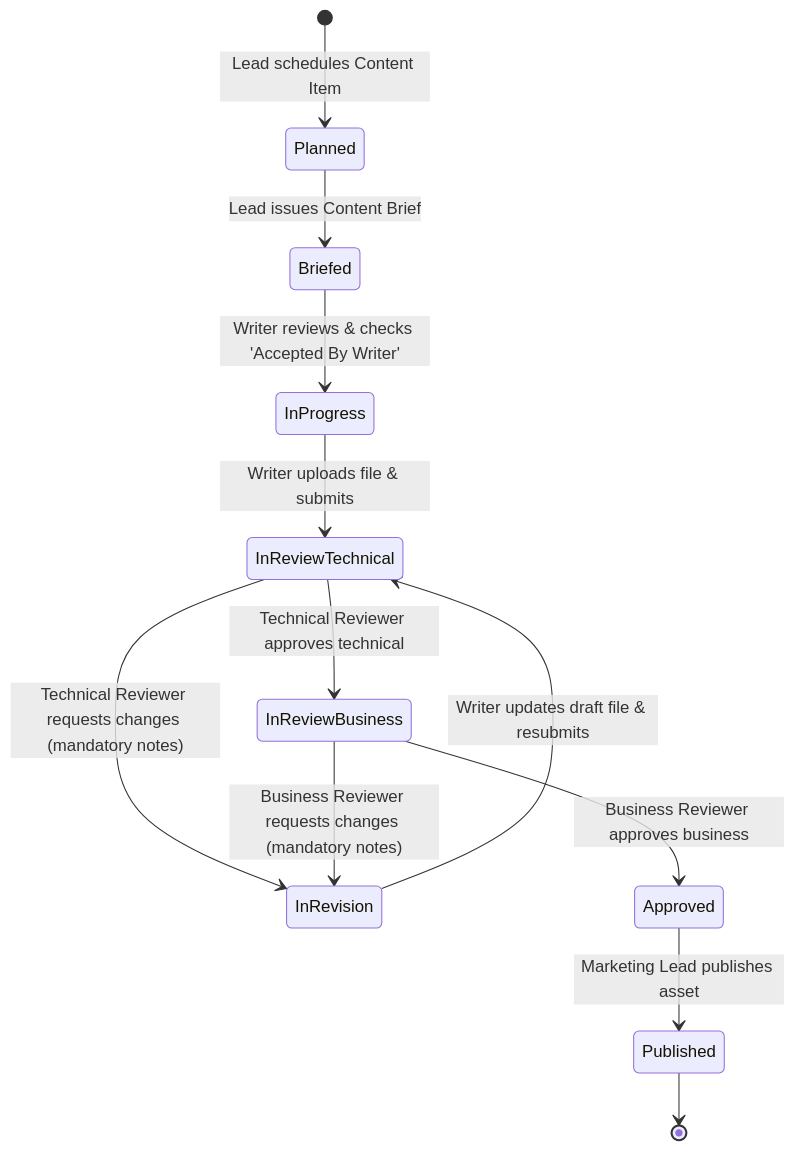
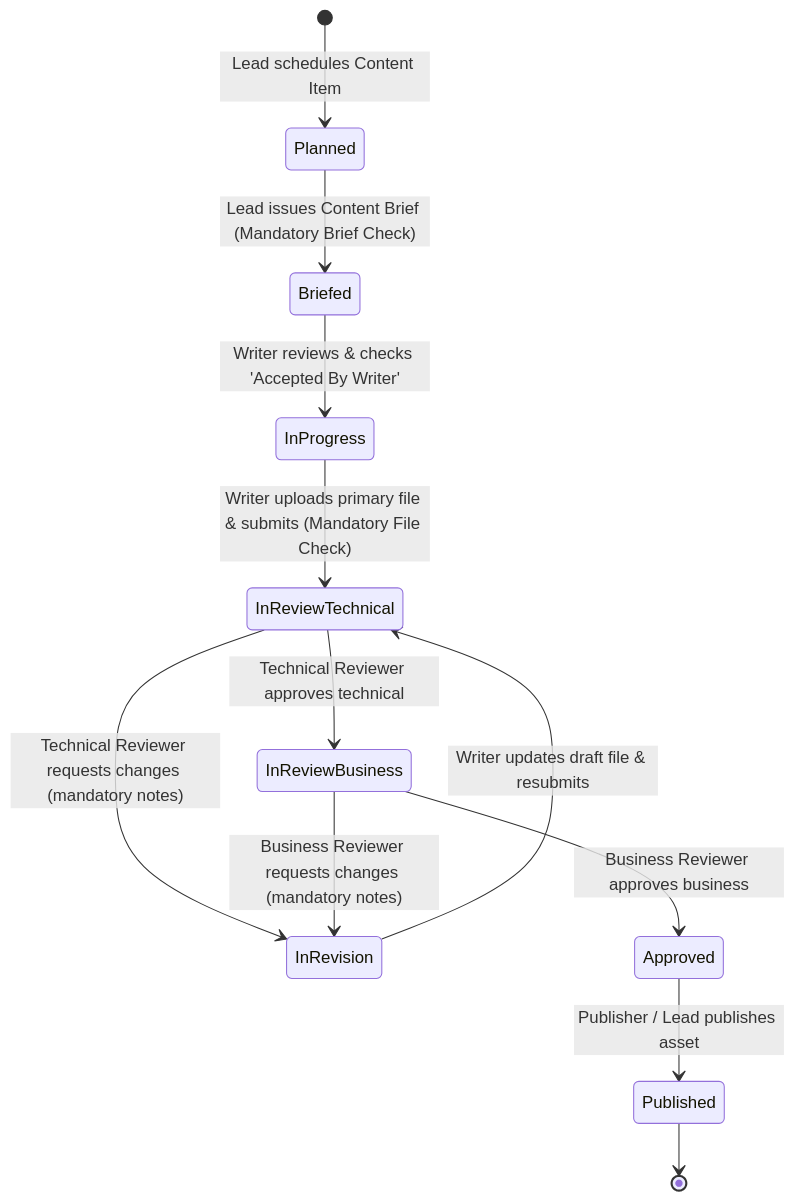
The second of 2 diagrams in app-architecture-and-flow.md (Avishkar-Kabadi-ODA/oda_marketing), drawn with Mermaid before and after one commit. The commit also changed other lines of this file and 11 other files, not shown here.

Commit message:
feat: add default publisher, enhance email templates, and enforce stricter creation permissions for marketing content items

````diff
--- a/app-architecture-and-flow.md
+++ b/app-architecture-and-flow.md
@@ -69,14 +75,14 @@
 ```mermaid
 stateDiagram-v2
     [*] --> Planned: Lead schedules Content Item
-    Planned --> Briefed: Lead issues Content Brief
+    Planned --> Briefed: Lead issues Content Brief (Mandatory Brief Check)
     Briefed --> InProgress: Writer reviews & checks 'Accepted By Writer'
-    InProgress --> InReviewTechnical: Writer uploads file & submits
+    InProgress --> InReviewTechnical: Writer uploads primary file & submits (Mandatory File Check)
     InReviewTechnical --> InRevision: Technical Reviewer requests changes (mandatory notes)
     InReviewTechnical --> InReviewBusiness: Technical Reviewer approves technical
     InReviewBusiness --> InRevision: Business Reviewer requests changes (mandatory notes)
     InReviewBusiness --> Approved: Business Reviewer approves business
     InRevision --> InReviewTechnical: Writer updates draft file & resubmits
-    Approved --> Published: Marketing Lead publishes asset
+    Approved --> Published: Publisher / Lead publishes asset
     Published --> [*]
 ```
````
